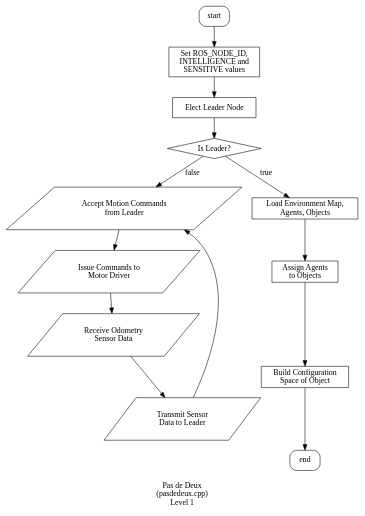
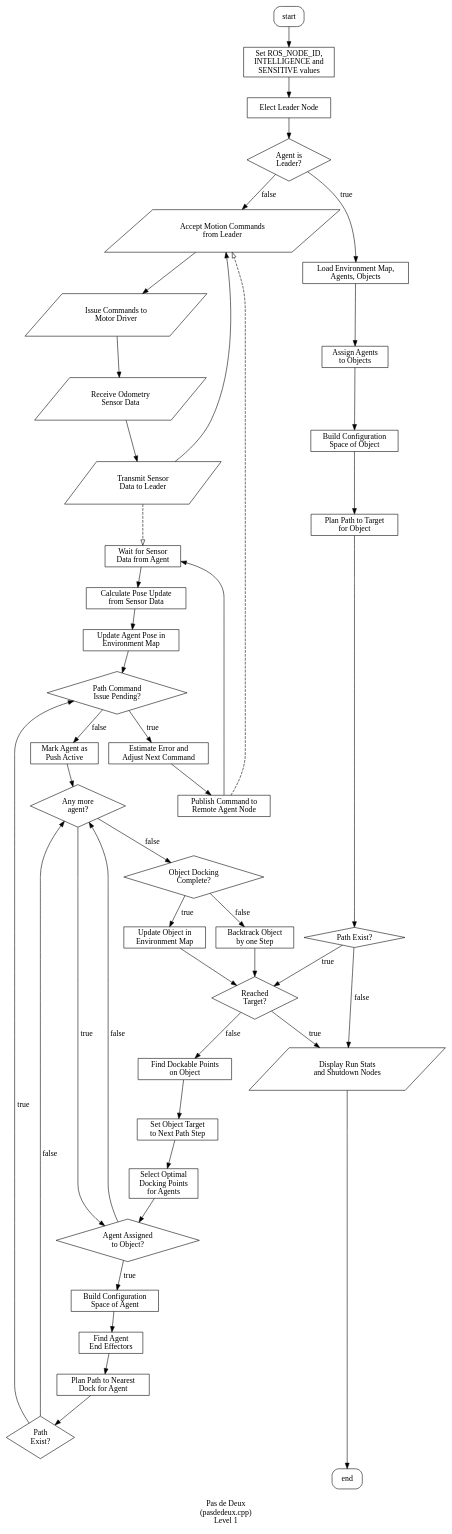
The diagram in flow/g3.dot (prince-ph0en1x/ros_swarm), drawn with Graphviz before and after one commit. The commit also changed 5 other files, not shown here.

Commit message:
flowcharts updated

```diff
--- a/flow/g3.dot
+++ b/flow/g3.dot
@@ -1,51 +1,156 @@
 digraph {
     label="\nPas de Deux\n(pasdedeux.cpp)\nLevel 1"
 
     node[shape="box", style="rounded"]
        start; end;
     
 	main01 [shape = "box", style = ""];
 	start -> main01;
 	main01 [label = "Set ROS_NODE_ID,\nINTELLIGENCE and\nSENSITIVE values"]
 	
 	main02 [shape = "box", style = ""];
 	main01 -> main02;
 	main02 [label = "Elect Leader Node"];
 	
 	main03 [shape = "diamond", style = ""];
 	main02 -> main03;
-	main03 [label = "Is Leader?"];
+	main03 [label = "Agent is\nLeader?"];
 	
 	main04 [shape = "parallelogram", style = ""];
 	main03 -> main04 [label = "false"];
 	main04 [label = "Accept Motion Commands\nfrom Leader"];
 	
 	main05 [shape = "parallelogram", style = ""];
 	main04 -> main05;
 	main05 [label = "Issue Commands to\nMotor Driver"];
 	
 	main06 [shape = "parallelogram", style = ""];
 	main05 -> main06;
 	main06 [label = "Receive Odometry\nSensor Data"];
 	
 	main07 [shape = "parallelogram", style = ""];
 	main06 -> main07;
 	main07 -> main04
 	main07 [label = "Transmit Sensor\nData to Leader"];
 	
 	main08 [shape = "box", style = ""];
 	main03 -> main08 [label = "true"];
+	#edge [arrowhead=normal,arrowtail=dot];
 	main08 [label = "Load Environment Map,\nAgents, Objects"];
 	
 	main09 [shape = "box", style = ""];
 	main08 -> main09;
 	main09 [label = "Assign Agents\nto Objects"];
 	
 	main10 [shape = "box", style = ""];
 	main09 -> main10;
 	main10 [label = "Build Configuration\nSpace of Object"];
 	
-	main10 -> end;
+	main11 [shape = "box", style = ""];
+	main10 -> main11;
+	main11 [label = "Plan Path to Target\nfor Object"];
+	
+	main12 [shape = "diamond", style = ""];
+	main11 -> main12;
+	main12 -> main99 [label = "false"];
+	main12 -> main13 [label = "true"];
+	main12 [label = "Path Exist?"];
+	
+	main13 [shape = "diamond", style = ""];
+	main13 -> main99 [label = "true"];
+	main13 [label = "Reached\nTarget?"];
+	
+	main14 [shape = "box", style = ""];
+	main13 -> main14 [label = "false"];
+	main14 [label = "Find Dockable Points\non Object"];
+	
+	main15 [shape = "box", style = ""];
+	main14 -> main15;
+	main15 [label = "Set Object Target\nto Next Path Step"];
+	
+	main16 [shape = "box", style = ""];
+	main15 -> main16;
+	main16 [label = "Select Optimal\nDocking Points\nfor Agents"];
+		
+	main17 [shape = "diamond", style = ""];
+	main16 -> main17;
+	main17 [label = "Agent Assigned\nto Object?"];
+	
+	main18 [shape = "box", style = ""];
+	main17 -> main18 [label = "true"];
+	main18 [label = "Build Configuration\nSpace of Agent"];
+	
+	main19 [shape = "box", style = ""];
+	main18 -> main19;
+	main19 [label = "Find Agent\nEnd Effectors"];
+	
+	main20 [shape = "box", style = ""];
+	main19 -> main20;
+	main20 [label = "Plan Path to Nearest\nDock for Agent"];
+	
+	main21 [shape = "diamond", style = ""];
+	main20 -> main21;
+	main21 [label = "Path\nExist?"];
+	
+	main22 [shape = "diamond", style = ""];
+	main17 -> main22 [label = "false"];
+	main21 -> main22 [label = "false"];
+	main22 [label = "Any more\nagent?"];
+	
+	main23 [shape = "diamond", style = ""];
+	main21 -> main23 [label = "true"];
+	main23 [label = "Path Command\nIssue Pending?"];
+	
+	main24 [shape = "box", style = ""];
+	main23 -> main24 [label = "true"];
+	main24 [label = "Estimate Error and\nAdjust Next Command"];
+	
+	main25 [shape = "box", style = ""];
+	main24 -> main25;
+	main25 [label = "Publish Command to\nRemote Agent Node"];
+	
+	main26 [shape = "box", style = ""];
+	main25 -> main26;
+	main26 [label = "Wait for Sensor\nData from Agent"];
+	
+	main27 [shape = "box", style = ""];
+	main26 -> main27;
+	main27 [label = "Calculate Pose Update\nfrom Sensor Data"];
+	
+	main28 [shape = "box", style = ""];
+	main27 -> main28;
+	main28 -> main23;
+	main28 [label = "Update Agent Pose in\nEnvironment Map"];
+	
+	main29 [shape = "box", style = ""];
+	main23 -> main29 [label = "false"];
+	main29 -> main22;
+	main29 [label = "Mark Agent as\nPush Active"];
+	
+	main22 -> main17 [label = "true"];
+	
+	main30 [shape = "diamond", style = ""];
+	main22 -> main30 [label = "false"];
+	main30 [label = "Object Docking\nComplete?"];
+	
+	main31 [shape = "box", style = ""];
+	main30 -> main31 [label = "true"];
+	main31 -> main13;
+	main31 [label = "Update Object in\nEnvironment Map"];
+	
+	main32 [shape = "box", style = ""];
+	main30 -> main32 [label = "false"];
+	main32 -> main13;
+	main32 [label = "Backtrack Object\nby one Step"];
+	
+	main25 -> main04 [arrowhead = onormal, style = dashed];
+	main07 -> main26 [arrowhead = onormal, style = dashed];
+	
+	main99 [shape = "parallelogram", style = ""];
+	main99 [label = "Display Run Stats\nand Shutdown Nodes"];
+	
+	main99 -> end;
 	
 	{rank = sink; end}
 }
+# dot -Tpng -o graph.png g3.dot
```
